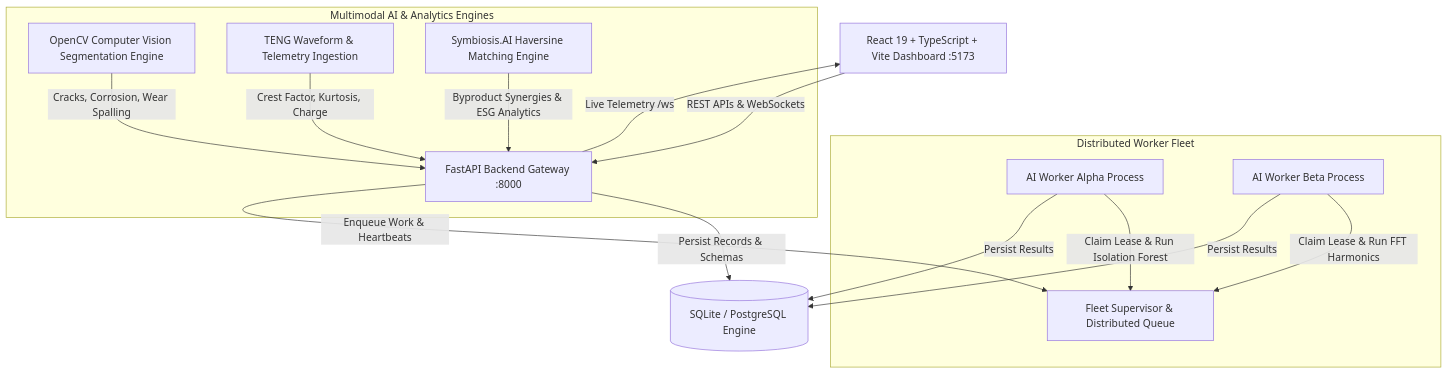
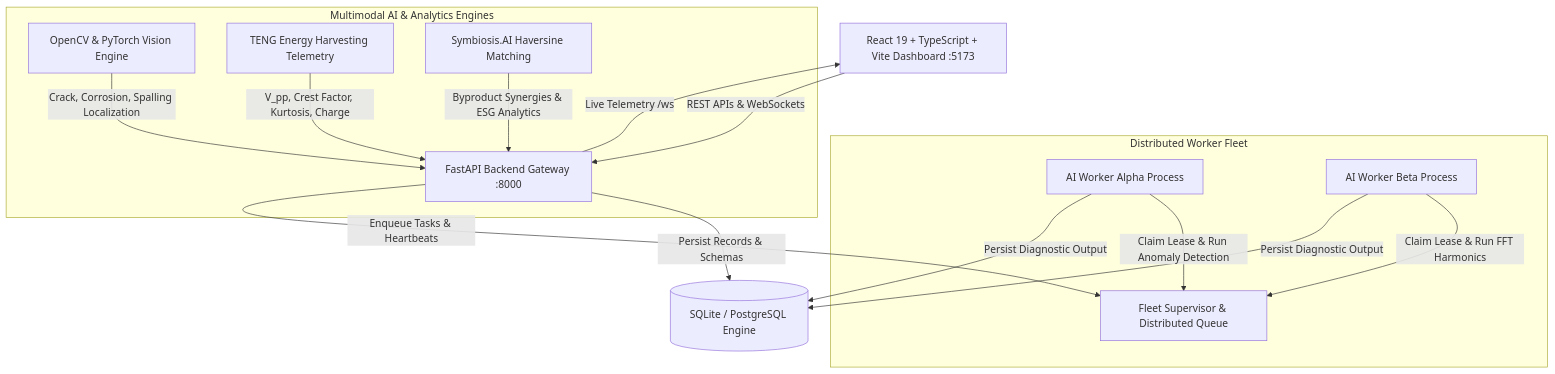
One commit to invinciblekingg/Nivaar-AI changed the diagram in README.md. Above: the diagram before and after it, drawn with Mermaid. The commit also changed other lines of this file and 1939 other files, not shown here.

````diff
--- a/README.md
+++ b/README.md
@@ -23,21 +123,21 @@
 ```mermaid
 graph TD
     UI[React 19 + TypeScript + Vite Dashboard :5173] -->|REST APIs & WebSockets| API[FastAPI Backend Gateway :8000]
     API -->|Persist Records & Schemas| DB[(SQLite / PostgreSQL Engine)]
-    API -->|Enqueue Work & Heartbeats| Supervisor[Fleet Supervisor & Distributed Queue]
+    API -->|Enqueue Tasks & Heartbeats| Supervisor[Fleet Supervisor & Distributed Queue]
 
     subgraph Distributed Worker Fleet
-        WorkerAlpha[AI Worker Alpha Process] -->|Claim Lease & Run Isolation Forest| Supervisor
+        WorkerAlpha[AI Worker Alpha Process] -->|Claim Lease & Run Anomaly Detection| Supervisor
         WorkerBeta[AI Worker Beta Process] -->|Claim Lease & Run FFT Harmonics| Supervisor
     end
 
     subgraph Multimodal AI & Analytics Engines
-        CV[OpenCV Computer Vision Segmentation Engine] -->|Cracks, Corrosion, Wear Spalling| API
-        TENG[TENG Waveform & Telemetry Ingestion] -->|Crest Factor, Kurtosis, Charge| API
-        Symbiosis[Symbiosis.AI Haversine Matching Engine] -->|Byproduct Synergies & ESG Analytics| API
+        CV[OpenCV & PyTorch Vision Engine] -->|Crack, Corrosion, Spalling Localization| API
+        TENG[TENG Energy Harvesting Telemetry] -->|V_pp, Crest Factor, Kurtosis, Charge| API
+        Symbiosis[Symbiosis.AI Haversine Matching] -->|Byproduct Synergies & ESG Analytics| API
     end
 
-    WorkerAlpha -->|Persist Results| DB
-    WorkerBeta -->|Persist Results| DB
+    WorkerAlpha -->|Persist Diagnostic Output| DB
+    WorkerBeta -->|Persist Diagnostic Output| DB
     API -->|Live Telemetry /ws| UI
 ```
````
